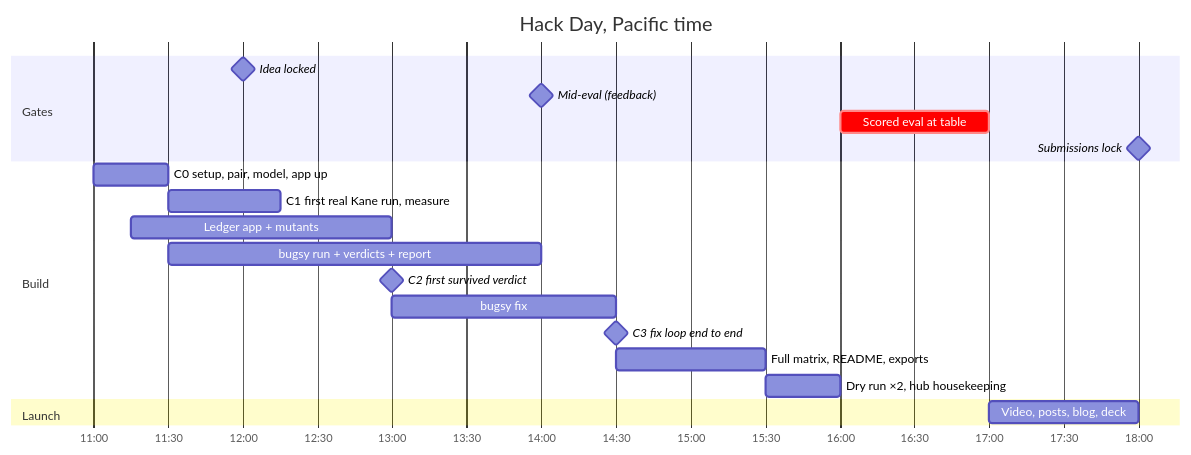
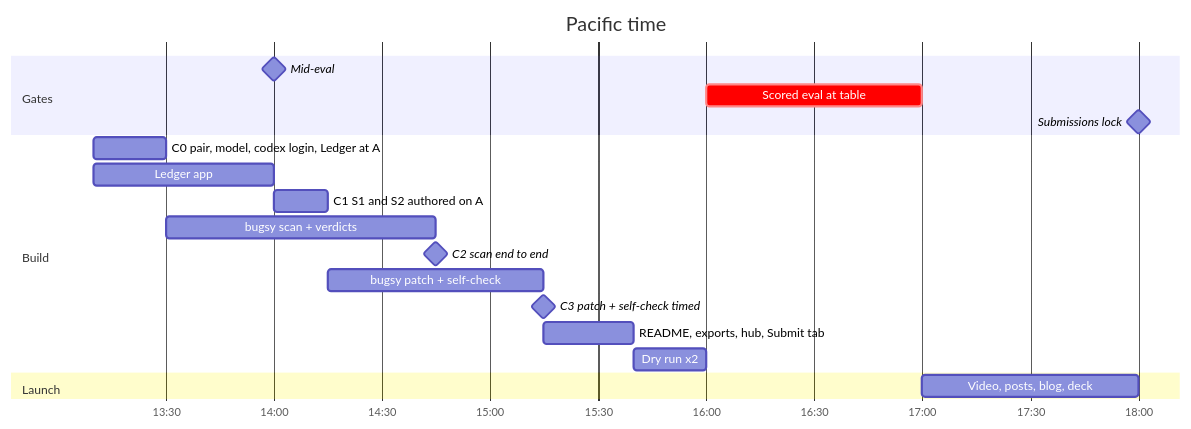
The sixth of 6 diagrams in docs/how-it-works.md (aayushkhator1994/bugsy), drawn with Mermaid before and after one commit. The commit also changed other lines of this file and 7 other files, not shown here.

Commit message:
Spec v2: security seatbelt (two-account authz checks, Codex patch, self-check); docs and review page updated

````diff
--- a/docs/how-it-works.md
+++ b/docs/how-it-works.md
@@ -145,23 +122,22 @@
 ```mermaid
 gantt
-  title Hack Day, Pacific time
+  title Pacific time
   dateFormat HH:mm
   axisFormat %H:%M
   section Gates
-  Idea locked            :milestone, 12:00, 0m
-  Mid-eval (feedback)    :milestone, 14:00, 0m
+  Mid-eval               :milestone, 14:00, 0m
   Scored eval at table   :crit, 16:00, 60m
   Submissions lock       :milestone, 18:00, 0m
   section Build
-  C0 setup, pair, model, app up   :11:00, 30m
-  C1 first real Kane run, measure :11:30, 45m
-  Ledger app + mutants            :11:15, 105m
-  bugsy run + verdicts + report   :11:30, 150m
-  C2 first survived verdict       :milestone, 13:00, 0m
-  bugsy fix                       :13:00, 90m
-  C3 fix loop end to end          :milestone, 14:30, 0m
-  Full matrix, README, exports    :14:30, 60m
-  Dry run ×2, hub housekeeping    :15:30, 30m
+  C0 pair, model, codex login, Ledger at A :13:10, 20m
+  Ledger app                       :13:10, 50m
+  C1 S1 and S2 authored on A       :14:00, 15m
+  bugsy scan + verdicts            :13:30, 75m
+  C2 scan end to end               :milestone, 14:45, 0m
+  bugsy patch + self-check         :14:15, 60m
+  C3 patch + self-check timed      :milestone, 15:15, 0m
+  README, exports, hub, Submit tab :15:15, 25m
+  Dry run x2                       :15:40, 20m
   section Launch
-  Video, posts, blog, deck        :17:00, 60m
+  Video, posts, blog, deck         :17:00, 60m
 ```
````
